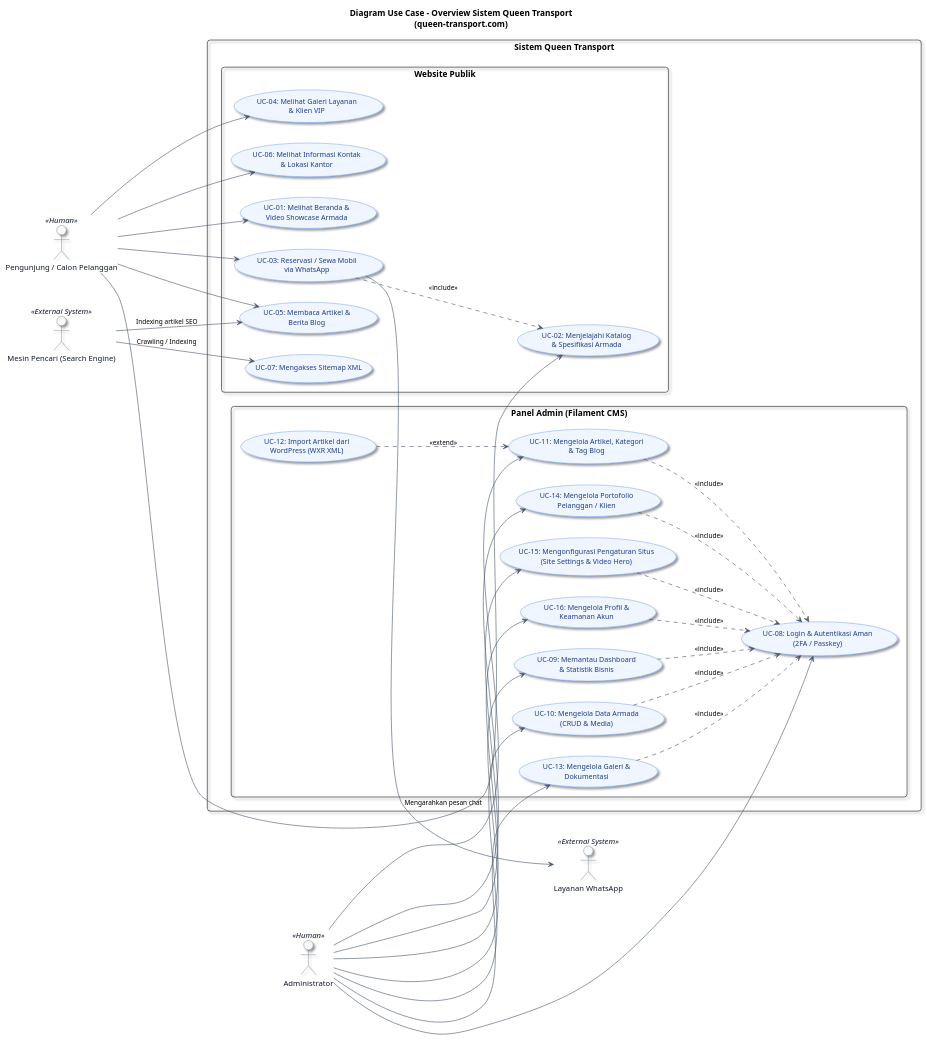
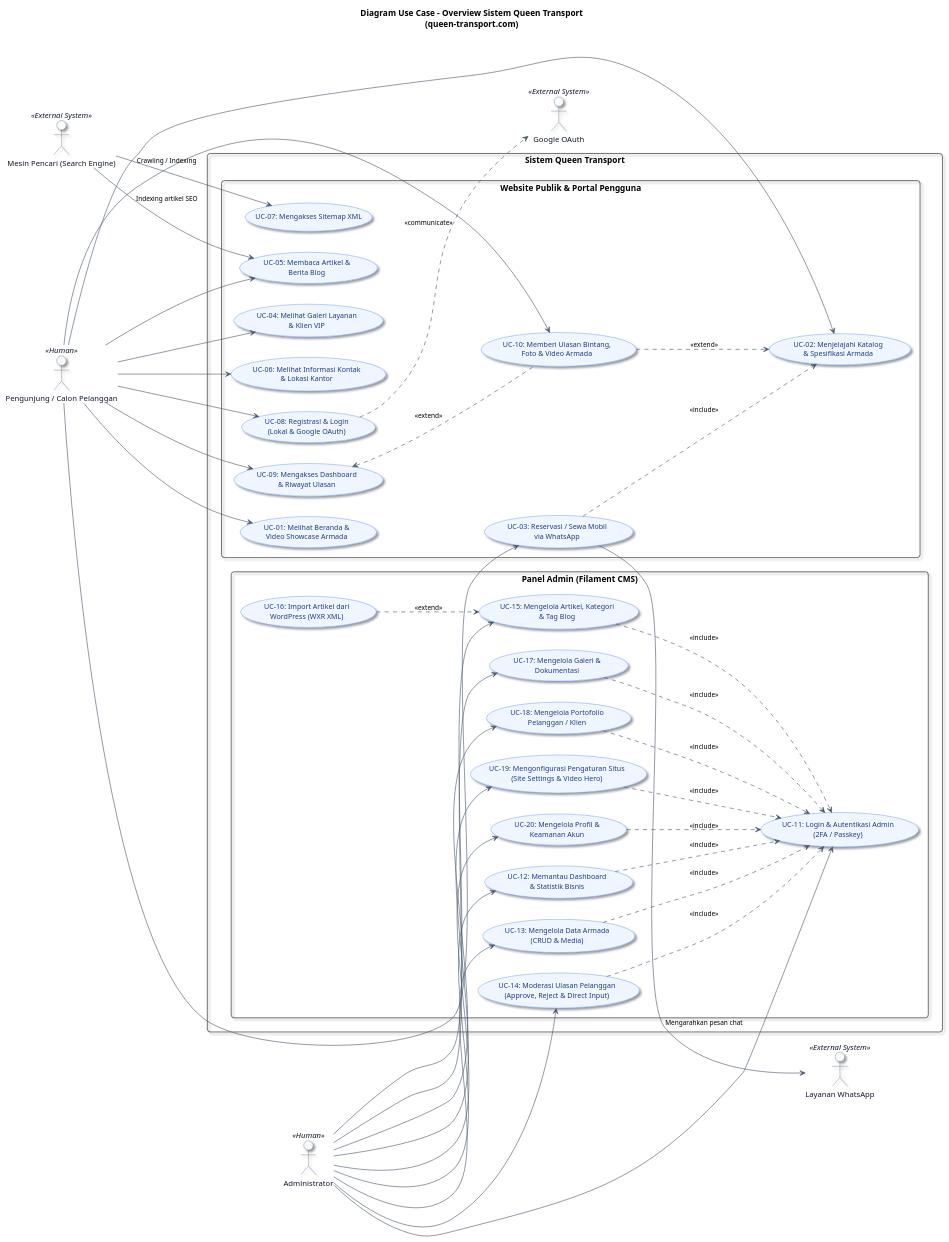
Before and after one commit to queen-transport/queen-transport.com: the diagram in docs/plantuml/usecase_overview.puml, drawn with PlantUML. The commit also changed 86 other files, not shown here.

First line of the commit message:
feat: add Google OAuth authentication and review management features

```diff
--- a/docs/plantuml/usecase_overview.puml
+++ b/docs/plantuml/usecase_overview.puml
@@ -1,92 +1,105 @@
 @startuml usecase_overview
 skinparam backgroundColor #FFFFFF
 skinparam defaultFontName "Helvetica", "Arial", sans-serif
 skinparam roundCorner 10
 skinparam shadowing true
 skinparam packageStyle rectangle
 
 skinparam actor {
     BackgroundColor #F8FAFC
     BorderColor #334155
     FontColor #0F172A
     FontSize 13
 }
 
 skinparam usecase {
     BackgroundColor #EFF6FF
     BorderColor #2563EB
     FontColor #1E3A8A
     FontSize 12
     ArrowColor #475569
     ArrowFontSize 11
 }
 
 title **Diagram Use Case - Overview Sistem Queen Transport**\n(queen-transport.com)
 
 left to right direction
 
 actor "Pengunjung / Calon Pelanggan" as Visitor << Human >>
 actor "Administrator" as Admin << Human >>
 actor "Layanan WhatsApp" as WhatsApp << External System >>
 actor "Mesin Pencari (Search Engine)" as Crawler << External System >>
+actor "Google OAuth" as Google << External System >>
 
 rectangle "Sistem Queen Transport" {
 
-    package "Website Publik" {
+    package "Website Publik & Portal Pengguna" {
         usecase "UC-01: Melihat Beranda &\nVideo Showcase Armada" as UC_Beranda
         usecase "UC-02: Menjelajahi Katalog\n& Spesifikasi Armada" as UC_Katalog
         usecase "UC-03: Reservasi / Sewa Mobil\nvia WhatsApp" as UC_Reservasi
         usecase "UC-04: Melihat Galeri Layanan\n& Klien VIP" as UC_Galeri
         usecase "UC-05: Membaca Artikel &\nBerita Blog" as UC_Blog
         usecase "UC-06: Melihat Informasi Kontak\n& Lokasi Kantor" as UC_Kontak
         usecase "UC-07: Mengakses Sitemap XML" as UC_Sitemap
+        usecase "UC-08: Registrasi & Login\n(Lokal & Google OAuth)" as UC_AuthUser
+        usecase "UC-09: Mengakses Dashboard\n& Riwayat Ulasan" as UC_UserDashboard
+        usecase "UC-10: Memberi Ulasan Bintang,\nFoto & Video Armada" as UC_AddReview
     }
 
     package "Panel Admin (Filament CMS)" {
-        usecase "UC-08: Login & Autentikasi Aman\n(2FA / Passkey)" as UC_Login
-        usecase "UC-09: Memantau Dashboard\n& Statistik Bisnis" as UC_Dashboard
-        usecase "UC-10: Mengelola Data Armada\n(CRUD & Media)" as UC_KelolaArmada
-        usecase "UC-11: Mengelola Artikel, Kategori\n& Tag Blog" as UC_KelolaBlog
-        usecase "UC-12: Import Artikel dari\nWordPress (WXR XML)" as UC_ImportWP
-        usecase "UC-13: Mengelola Galeri &\nDokumentasi" as UC_KelolaGaleri
-        usecase "UC-14: Mengelola Portofolio\nPelanggan / Klien" as UC_KelolaPelanggan
-        usecase "UC-15: Mengonfigurasi Pengaturan Situs\n(Site Settings & Video Hero)" as UC_KelolaSettings
-        usecase "UC-16: Mengelola Profil &\nKeamanan Akun" as UC_Profil
+        usecase "UC-11: Login & Autentikasi Admin\n(2FA / Passkey)" as UC_Login
+        usecase "UC-12: Memantau Dashboard\n& Statistik Bisnis" as UC_Dashboard
+        usecase "UC-13: Mengelola Data Armada\n(CRUD & Media)" as UC_KelolaArmada
+        usecase "UC-14: Moderasi Ulasan Pelanggan\n(Approve, Reject & Direct Input)" as UC_ModerasiUlasan
+        usecase "UC-15: Mengelola Artikel, Kategori\n& Tag Blog" as UC_KelolaBlog
+        usecase "UC-16: Import Artikel dari\nWordPress (WXR XML)" as UC_ImportWP
+        usecase "UC-17: Mengelola Galeri &\nDokumentasi" as UC_KelolaGaleri
+        usecase "UC-18: Mengelola Portofolio\nPelanggan / Klien" as UC_KelolaPelanggan
+        usecase "UC-19: Mengonfigurasi Pengaturan Situs\n(Site Settings & Video Hero)" as UC_KelolaSettings
+        usecase "UC-20: Mengelola Profil &\nKeamanan Akun" as UC_Profil
     }
 }
 
-' Relasi Pengunjung
+' Relasi Pengunjung / Pelanggan
 Visitor --> UC_Beranda
 Visitor --> UC_Katalog
 Visitor --> UC_Reservasi
 Visitor --> UC_Galeri
 Visitor --> UC_Blog
 Visitor --> UC_Kontak
+Visitor --> UC_AuthUser
+Visitor --> UC_UserDashboard
+Visitor --> UC_AddReview
 
 ' Relasi Sistem Eksternal
+UC_AuthUser ..> Google : <<communicate>>
 UC_Reservasi ..> UC_Katalog : <<include>>
+UC_AddReview ..> UC_Katalog : <<extend>>
+UC_UserDashboard <.. UC_AddReview : <<extend>>
 UC_Reservasi --> WhatsApp : "Mengarahkan pesan chat"
 Crawler --> UC_Sitemap : "Crawling / Indexing"
 Crawler --> UC_Blog : "Indexing artikel SEO"
 
 ' Relasi Administrator
 Admin --> UC_Login
 Admin --> UC_Dashboard
 Admin --> UC_KelolaArmada
+Admin --> UC_ModerasiUlasan
 Admin --> UC_KelolaBlog
 Admin --> UC_KelolaGaleri
 Admin --> UC_KelolaPelanggan
 Admin --> UC_KelolaSettings
 Admin --> UC_Profil
 
 ' Relasi Dependensi Admin (Include / Extend)
 UC_Dashboard ..> UC_Login : <<include>>
 UC_KelolaArmada ..> UC_Login : <<include>>
+UC_ModerasiUlasan ..> UC_Login : <<include>>
 UC_KelolaBlog ..> UC_Login : <<include>>
 UC_KelolaGaleri ..> UC_Login : <<include>>
 UC_KelolaPelanggan ..> UC_Login : <<include>>
 UC_KelolaSettings ..> UC_Login : <<include>>
 UC_Profil ..> UC_Login : <<include>>
 UC_ImportWP ..> UC_KelolaBlog : <<extend>>
 
 @enduml
```
